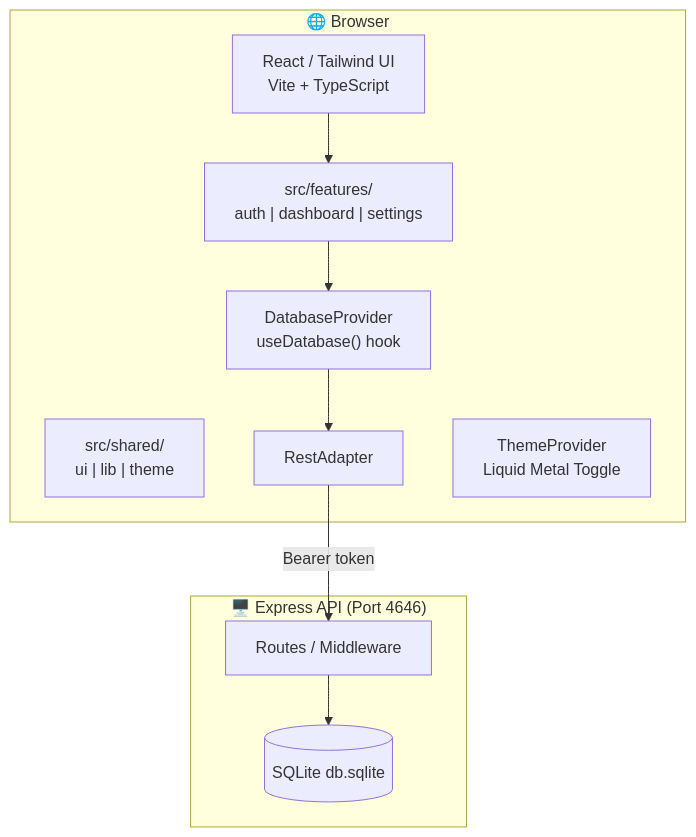
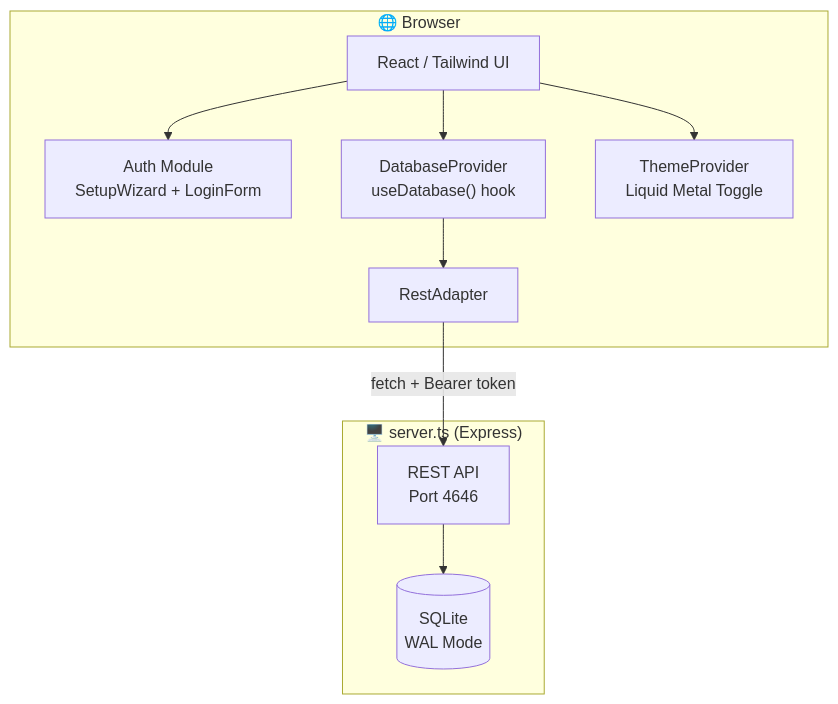
Before and after one commit to ClawStackStudios/ClawChives: the diagram in README.md, drawn with Mermaid. The commit also changed other lines of this file and 27 other files, not shown here.

````diff
--- a/README.md
+++ b/README.md
@@ -72,22 +71,22 @@
 ```mermaid
 graph TD
-    subgraph Frontend ["🌐 Browser"]
-        UI["React / Tailwind UI\nVite + TypeScript"]
-        Features["src/features/\nauth | dashboard | settings"]
-        Shared["src/shared/\nui | lib | theme"]
-        Provider["DatabaseProvider\nuseDatabase() hook"]
+    subgraph Client ["🌐 Browser"]
+        UI[React / Tailwind UI]
+        Auth["Auth Module<br/>SetupWizard + LoginForm"]
+        Provider["DatabaseProvider<br/>useDatabase() hook"]
         REST[RestAdapter]
-        Theme["ThemeProvider\nLiquid Metal Toggle"]
+        Theme[ThemeProvider<br/>Liquid Metal Toggle]
     end
 
-    subgraph Server ["🖥️ Express API (Port 4646)"]
-        API["Routes / Middleware"]
-        DB[(SQLite db.sqlite)]
+    subgraph Server ["🖥️ server.ts (Express)"]
+        API["REST API<br/>Port 4646"]
+        DB[(SQLite<br/>WAL Mode)]
     end
 
-    UI --> Features
-    Features --> Provider
+    UI --> Auth
+    UI --> Theme
+    UI --> Provider
     Provider --> REST
-    REST -->|"Bearer token"| API
+    REST -->|"fetch + Bearer token"| API
     API --> DB
 ```
````
